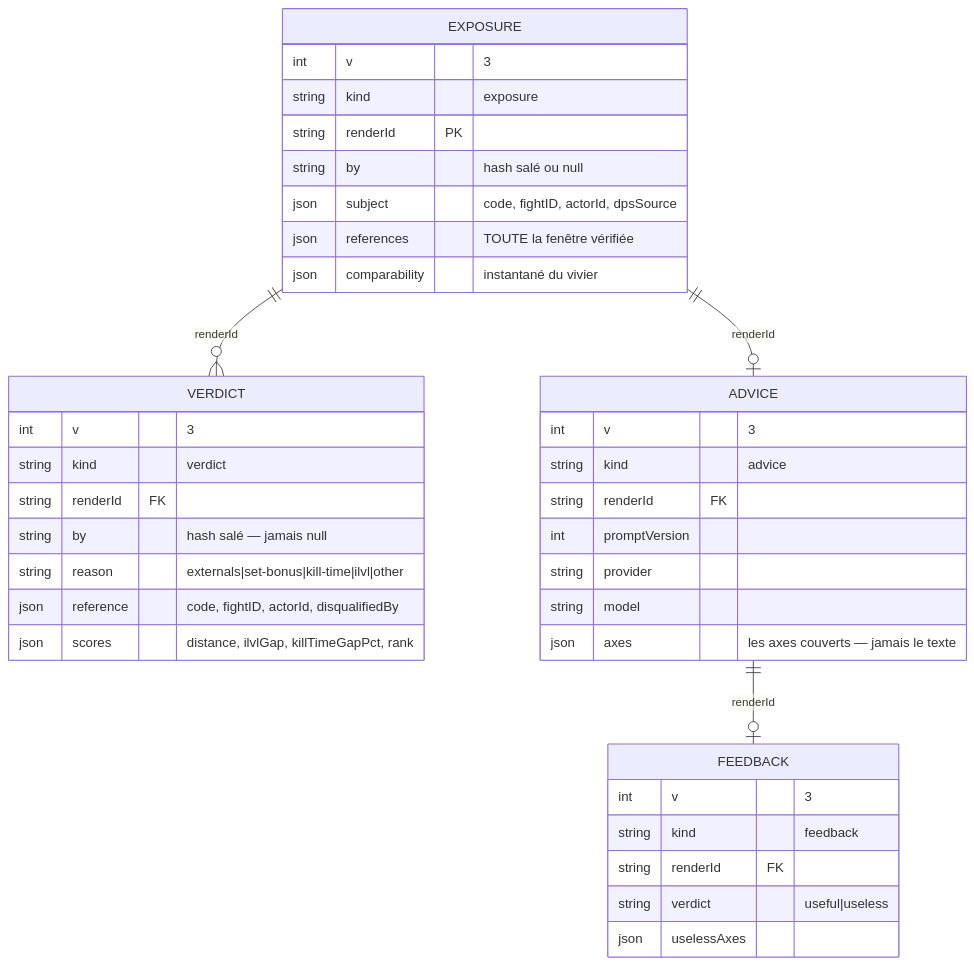
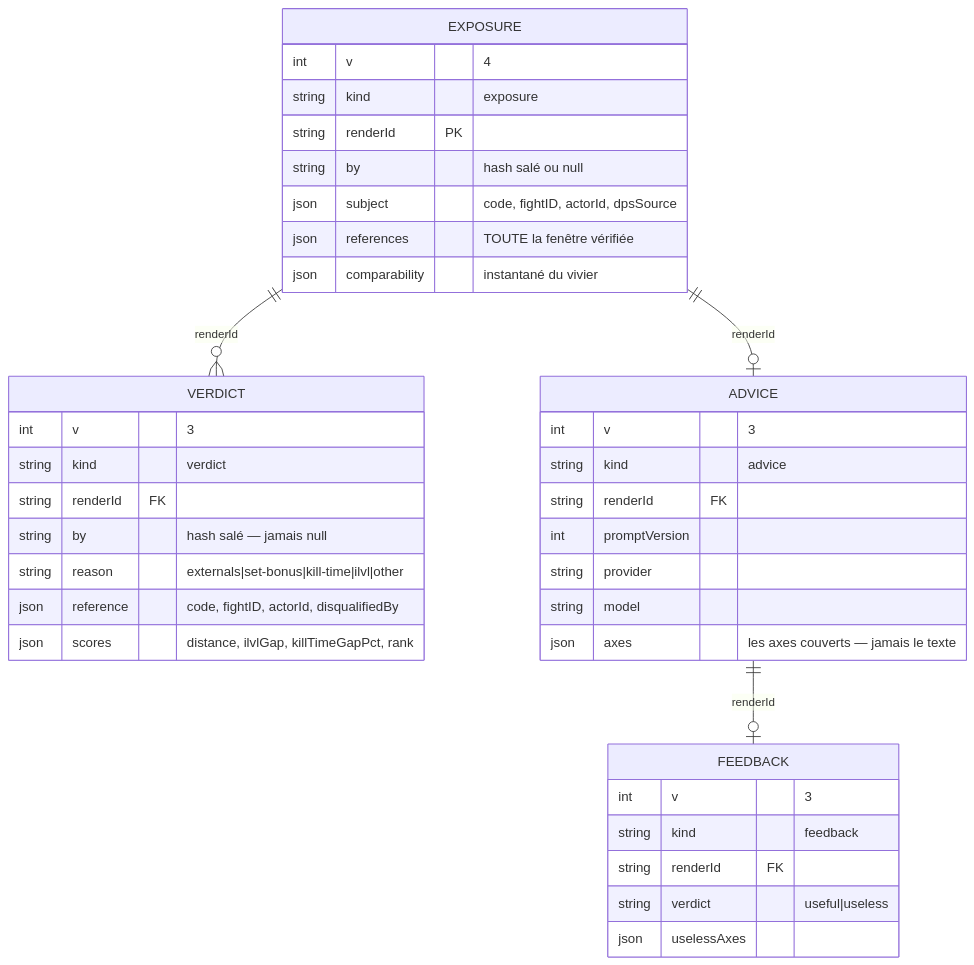
One commit to lafonth/LogLense changed the first of 4 diagrams in docs/05-capture-de-donnees.md. Above: the diagram before and after it, drawn with Mermaid. The commit also changed other lines of this file and 7 other files, not shown here.

````diff
--- a/docs/05-capture-de-donnees.md
+++ b/docs/05-capture-de-donnees.md
@@ -9,41 +13,41 @@
 ```mermaid
 erDiagram
     EXPOSURE ||--o{ VERDICT : "renderId"
     EXPOSURE ||--o| ADVICE : "renderId"
     ADVICE ||--o| FEEDBACK : "renderId"
 
     EXPOSURE {
-        int v "3"
+        int v "4"
         string kind "exposure"
         string renderId PK
         string by "hash salé ou null"
         json subject "code, fightID, actorId, dpsSource"
         json references "TOUTE la fenêtre vérifiée"
         json comparability "instantané du vivier"
     }
     VERDICT {
         int v "3"
         string kind "verdict"
         string renderId FK
         string by "hash salé — jamais null"
         string reason "externals|set-bonus|kill-time|ilvl|other"
         json reference "code, fightID, actorId, disqualifiedBy"
         json scores "distance, ilvlGap, killTimeGapPct, rank"
     }
     ADVICE {
         int v "3"
         string kind "advice"
         string renderId FK
         int promptVersion
         string provider
         string model
         json axes "les axes couverts — jamais le texte"
     }
     FEEDBACK {
         int v "3"
         string kind "feedback"
         string renderId FK
         string verdict "useful|useless"
         json uselessAxes
     }
 ```
````
